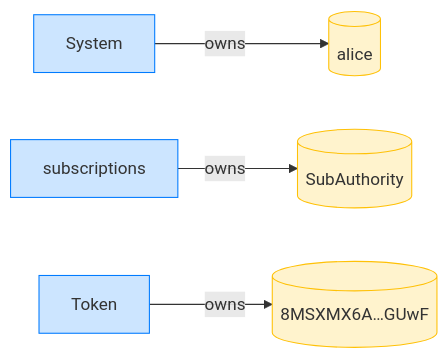
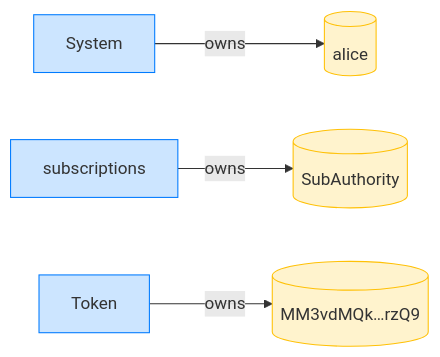
Before and after one commit to cds-rs/subscriptions: the fourth of 12 diagrams in dsl_tests/revoke-a-subscription-with-a-future-expiry-is-rejected.md, drawn with Mermaid. The commit also changed other lines of this file and 224 other files, not shown here.

````diff
--- a/dsl_tests/revoke-a-subscription-with-a-future-expiry-is-rejected.md
+++ b/dsl_tests/revoke-a-subscription-with-a-future-expiry-is-rejected.md
@@ -73,14 +78,14 @@
 ```mermaid
 flowchart LR
     classDef owner fill:#cce5ff,stroke:#007bff;
     classDef account fill:#fff3cd,stroke:#ffc107;
     System[System]:::owner
     alice[(alice)]:::account
     subscriptions[subscriptions]:::owner
     SubAuthority[(SubAuthority)]:::account
     Token[Token]:::owner
-    8MSXMX6A_GUwF[("8MSXMX6A…GUwF")]:::account
+    MM3vdMQk_rzQ9[("MM3vdMQk…rzQ9")]:::account
     System -->|owns| alice
     subscriptions -->|owns| SubAuthority
-    Token -->|owns| 8MSXMX6A_GUwF
+    Token -->|owns| MM3vdMQk_rzQ9
 ```
````
